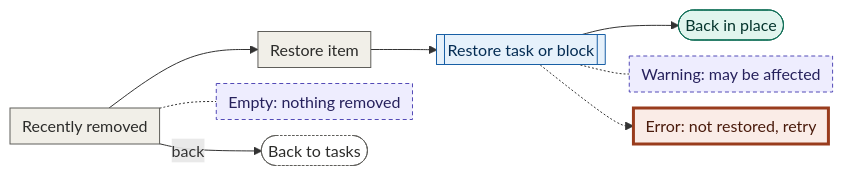
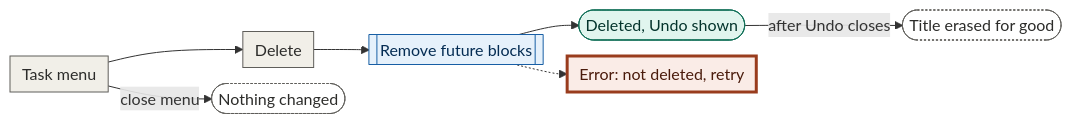
The sixth of 7 diagrams in docs/design/01-user-flows/tasks.md (tor4/ai-planner), drawn with Mermaid before and after one commit. The commit also changed other lines of this file and 14 other files, not shown here.

First line of the commit message:
Fix user flow and screen issues

````diff
--- a/docs/design/01-user-flows/tasks.md
+++ b/docs/design/01-user-flows/tasks.md
@@ -229,16 +219,15 @@
 ```mermaid
 %%{init: {"flowchart": {"nodeSpacing": 16, "rankSpacing": 24, "padding": 6}}}%%
 flowchart LR
-  A[Recently removed]:::step --> B[Restore item]:::step --> R[[Restore task or block]]:::sys --> D([Back in place]):::ok
-  A -.- AE[Empty: nothing removed]:::state
-  R -.- X[Warning: may be affected]:::state
-  R -.-> RX[Error: not restored, retry]:::error
-  A -->|back| E([Back to tasks]):::exit
+  A[Task menu]:::step --> B[Delete]:::step --> Q[[Remove future blocks]]:::sys --> T([Deleted, Undo shown]):::ok
+  T -->|after Undo closes| F([Title erased for good]):::exit
+  A -->|close menu| E([Nothing changed]):::exit
+  Q -.-> X[Error: not deleted, retry]:::error
   classDef step fill:#F1EFE8,stroke:#5F5E5A,color:#2C2C2A
   classDef sys fill:#E6F1FB,stroke:#185FA5,color:#042C53
   classDef ok fill:#E1F5EE,stroke:#0F6E56,color:#04342C
   classDef exit fill:#FFFFFF,stroke:#5F5E5A,color:#2C2C2A,stroke-dasharray:2 2
   classDef decision fill:#FAEEDA,stroke:#854F0B,color:#412402
   classDef state fill:#EEEDFE,stroke:#534AB7,color:#26215C,stroke-dasharray:4 3
   classDef error fill:#FAECE7,stroke:#993C1D,color:#4A1B0C,stroke-width:3px
 ```
````
